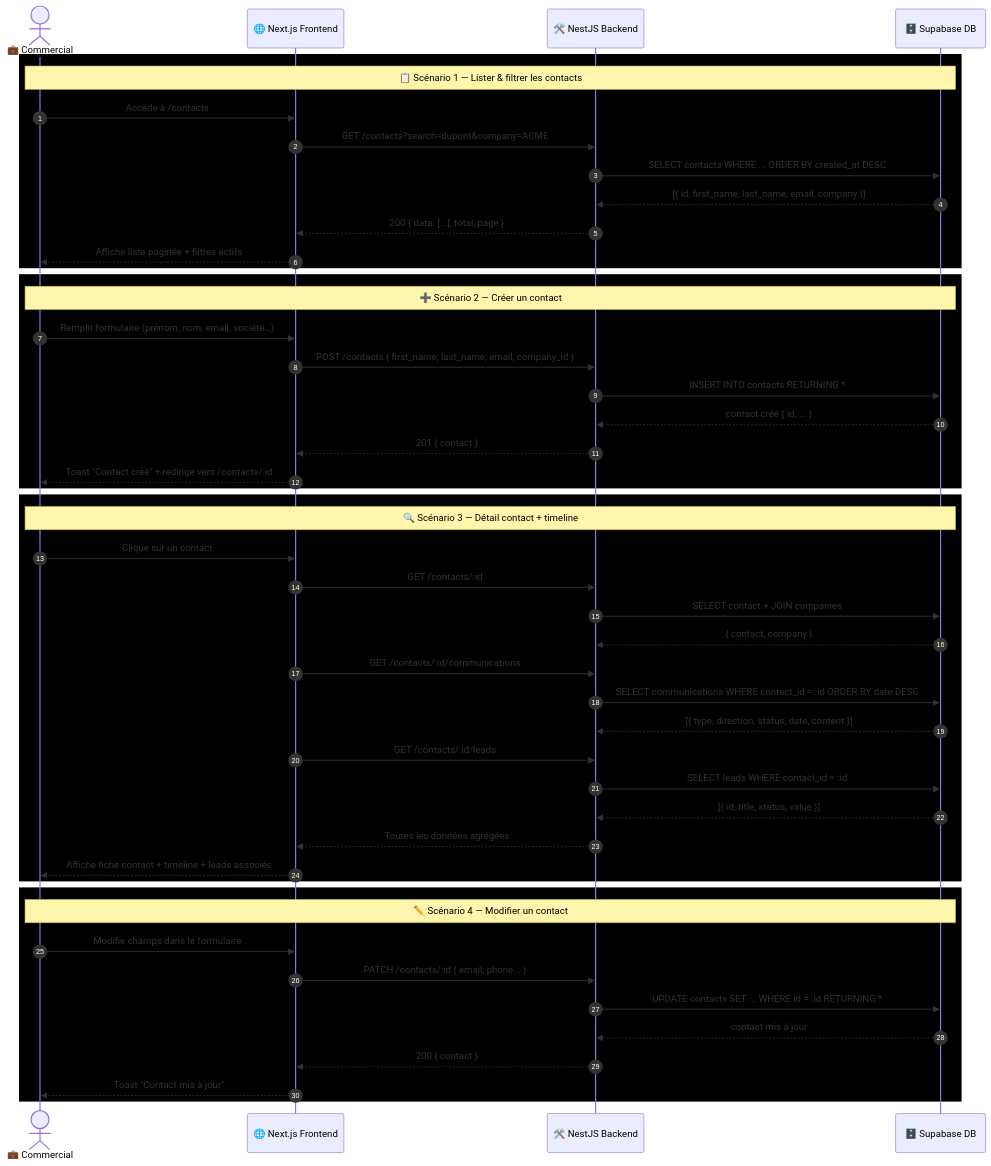
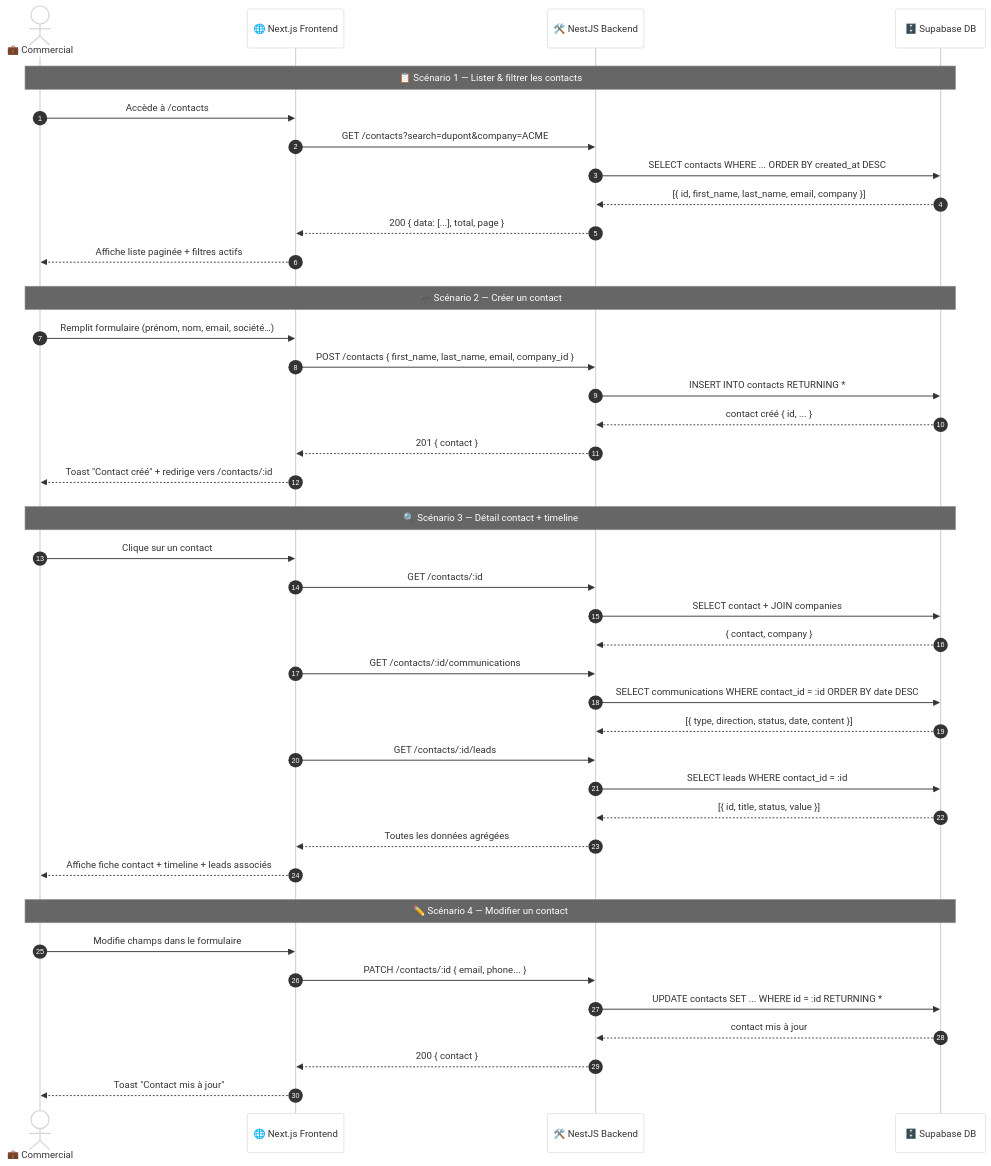
One commit to uciie/crm changed the diagram in docs/sequences/seq_contacts.mermaid. Above: the diagram before and after it, drawn with Mermaid. The commit also changed 13 other files, not shown here.

```diff
--- a/docs/sequences/seq_contacts.mermaid
+++ b/docs/sequences/seq_contacts.mermaid
@@ -1,56 +1,71 @@
+%%{init: {
+  'theme': 'neutral',
+  'themeVariables': {
+    'primaryColor': '#ffffff',
+    'primaryTextColor': '#000000',
+    'primaryBorderColor': '#000000',
+    'lineColor': '#000000',
+    'secondaryColor': '#f4f4f4',
+    'tertiaryColor': '#ffffff',
+    'mainBkg': '#ffffff',
+    'nodeTextColor': '#000000'
+  }
+}}%%
+
+
 sequenceDiagram
     autonumber
     actor C as 💼 Commercial
     participant FE as 🌐 Next.js Frontend
     participant BE as 🛠️ NestJS Backend
     participant DB as 🗄️ Supabase DB
 
     %% ─── LISTER / FILTRER ────────────────────────────────
-    rect rgb(0, 0, 0)
+    rect rgb(255, 255, 255)
         Note over C,DB: 📋 Scénario 1 — Lister & filtrer les contacts
         C->>FE: Accède à /contacts
         FE->>BE: GET /contacts?search=dupont&company=ACME
         BE->>DB: SELECT contacts WHERE ... ORDER BY created_at DESC
         DB-->>BE: [{ id, first_name, last_name, email, company }]
         BE-->>FE: 200 { data: [...], total, page }
         FE-->>C: Affiche liste paginée + filtres actifs
     end
 
     %% ─── CRÉER UN CONTACT ────────────────────────────────
-    rect rgb(0, 0, 0)
+    rect rgb(255, 255, 255)
         Note over C,DB: ➕ Scénario 2 — Créer un contact
         C->>FE: Remplit formulaire (prénom, nom, email, société…)
         FE->>BE: POST /contacts { first_name, last_name, email, company_id }
         BE->>DB: INSERT INTO contacts RETURNING *
         DB-->>BE: contact créé { id, ... }
         BE-->>FE: 201 { contact }
         FE-->>C: Toast "Contact créé" + redirige vers /contacts/:id
     end
 
     %% ─── VOIR DÉTAIL + TIMELINE ──────────────────────────
-    rect rgb(0, 0, 0)
+    rect rgb(255, 255, 255)
         Note over C,DB: 🔍 Scénario 3 — Détail contact + timeline
         C->>FE: Clique sur un contact
         FE->>BE: GET /contacts/:id
         BE->>DB: SELECT contact + JOIN companies
         DB-->>BE: { contact, company }
         FE->>BE: GET /contacts/:id/communications
         BE->>DB: SELECT communications WHERE contact_id = :id ORDER BY date DESC
         DB-->>BE: [{ type, direction, status, date, content }]
         FE->>BE: GET /contacts/:id/leads
         BE->>DB: SELECT leads WHERE contact_id = :id
         DB-->>BE: [{ id, title, status, value }]
         BE-->>FE: Toutes les données agrégées
         FE-->>C: Affiche fiche contact + timeline + leads associés
     end
 
     %% ─── MODIFIER UN CONTACT ────────────────────────────
-    rect rgb(0, 0, 0)
+    rect rgb(255, 255, 255)
         Note over C,DB: ✏️ Scénario 4 — Modifier un contact
         C->>FE: Modifie champs dans le formulaire
         FE->>BE: PATCH /contacts/:id { email, phone... }
         BE->>DB: UPDATE contacts SET ... WHERE id = :id RETURNING *
         DB-->>BE: contact mis à jour
         BE-->>FE: 200 { contact }
         FE-->>C: Toast "Contact mis à jour"
     end
```
